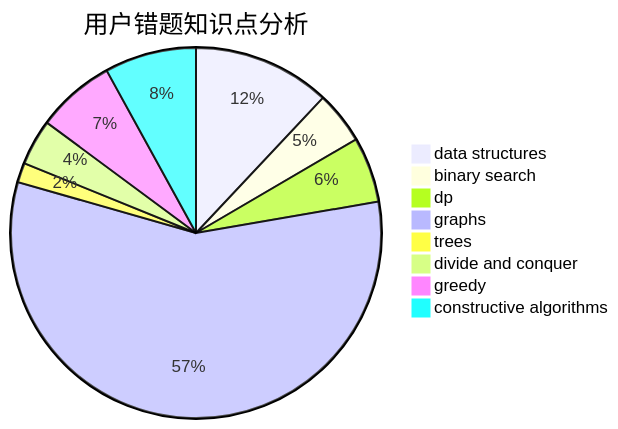
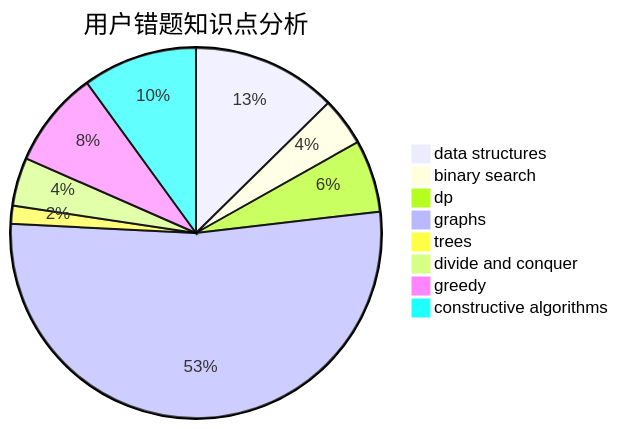
One commit to sherpahu/cfrs.github.io changed the third of 3 diagrams in docs/user/u1833.md. Above: the diagram before and after it, drawn with Mermaid. The commit also changed other lines of this file and 2770 other files, not shown here.

````diff
--- a/docs/user/u1833.md
+++ b/docs/user/u1833.md
@@ -36,11 +36,11 @@
 ```mermaid
 pie title 用户错题知识点分析
-    "data structures" :  21
+    "data structures" :  24
     "binary search" :  8
-    "dp" :  10
+    "dp" :  12
     "graphs" :  100
     "trees" :  3
-    "divide and conquer" :  7
-    "greedy" :  12
-    "constructive algorithms" :  14
+    "divide and conquer" :  8
+    "greedy" :  16
+    "constructive algorithms" :  19
 ```
````
